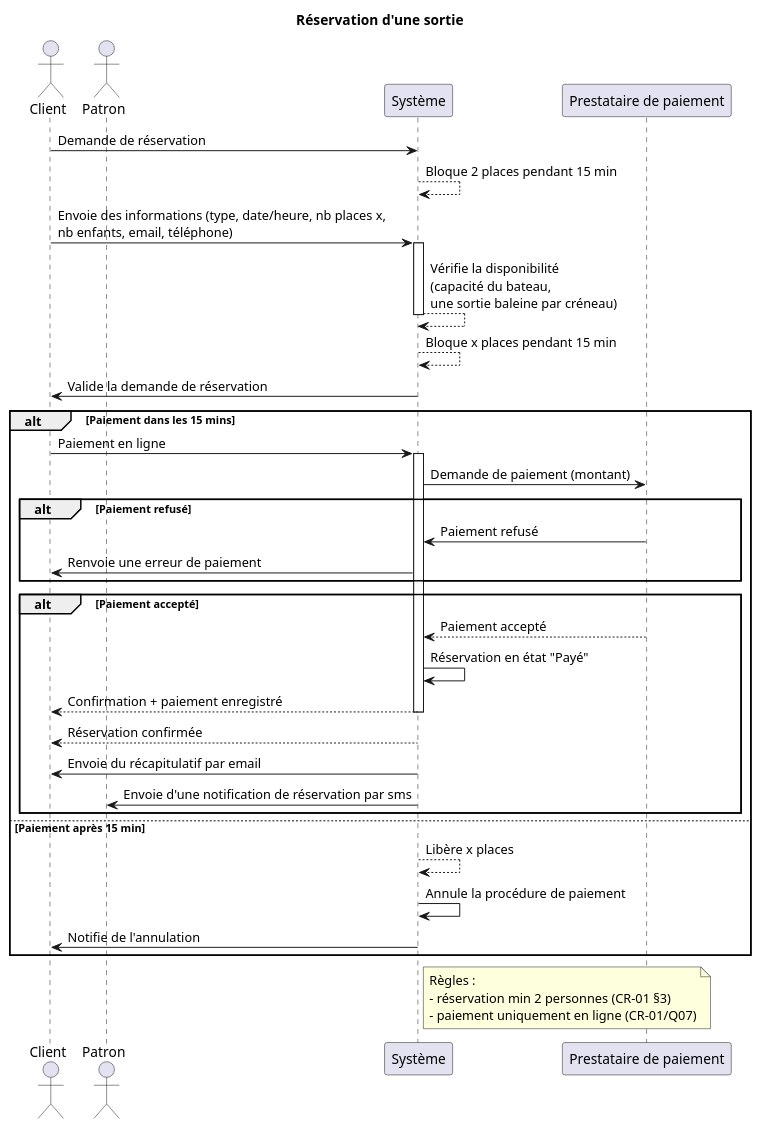
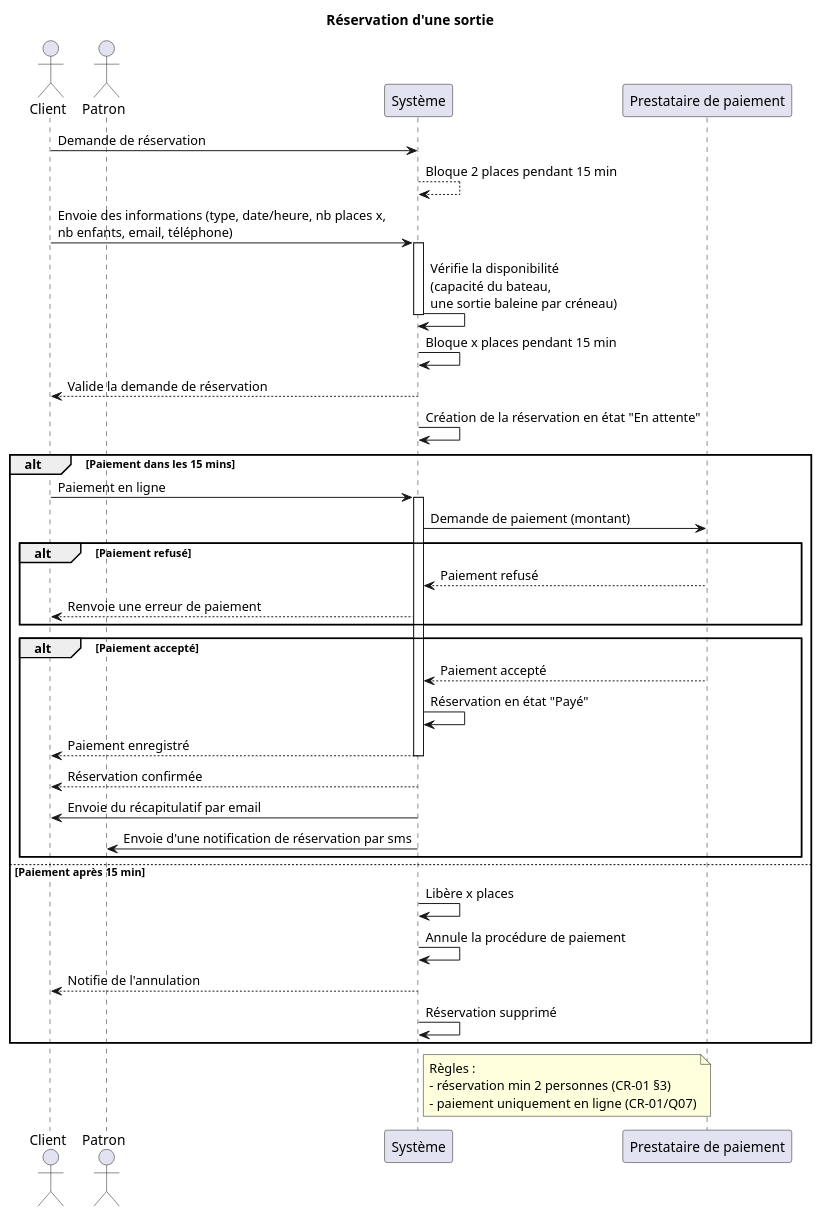
The diagram in docs/uml/sequences/v2/reservationV2.puml (MichelSimonin/Tibaleine), drawn with PlantUML before and after one commit. The commit also changed 1 other file, not shown here.

Commit message:
Modif mineur diagrammes de séquence

```diff
--- a/docs/uml/sequences/v2/reservationV2.puml
+++ b/docs/uml/sequences/v2/reservationV2.puml
@@ -1,70 +1,71 @@
 @startuml
 ' ----------------------------------------------------------------------------
 ' Diagramme de séquence — Réservation d'une sortie
 ' Source : Cahier des charges V2 §4 (Règles métier / Réservation), CR-01/Q01,
 '          CR-01/Q03, CR-01/Q06, CR-01 §3, CR-02 §1
 ' ----------------------------------------------------------------------------
 
 title Réservation d'une sortie
 
 actor "Client" as Client
 actor "Patron" as Patron
 participant "Système" as Systeme
 participant "Prestataire de paiement" as Paiement
 
+
+
 Client -> Systeme : Demande de réservation
 Systeme --> Systeme : Bloque 2 places pendant 15 min
 
 Client -> Systeme : Envoie des informations (type, date/heure, nb places x,\nnb enfants, email, téléphone)
 activate Systeme
 
-Systeme --> Systeme : Vérifie la disponibilité\n(capacité du bateau,\nune sortie baleine par créneau)
+Systeme -> Systeme : Vérifie la disponibilité\n(capacité du bateau,\nune sortie baleine par créneau)
 deactivate Systeme
-Systeme --> Systeme : Bloque x places pendant 15 min
+Systeme -> Systeme : Bloque x places pendant 15 min
+
+Systeme --> Client : Valide la demande de réservation
+Systeme -> Systeme: Création de la réservation en état "En attente"
 
 
-
-
-
-
-Systeme -> Client : Valide la demande de réservation
 
 alt Paiement dans les 15 mins
 Client -> Systeme : Paiement en ligne
 activate Systeme
 Systeme -> Paiement : Demande de paiement (montant)
 
 
 alt Paiement refusé
-Paiement -> Systeme : Paiement refusé
-Systeme -> Client : Renvoie une erreur de paiement
+Paiement --> Systeme : Paiement refusé
+Systeme --> Client : Renvoie une erreur de paiement
 end 
 
 
 alt Paiement accepté
 Paiement --> Systeme : Paiement accepté
 Systeme -> Systeme : Réservation en état "Payé"
-Systeme --> Client : Confirmation + paiement enregistré
+Systeme --> Client : Paiement enregistré
 deactivate Systeme
 
 Systeme --> Client : Réservation confirmée
 Systeme -> Client: Envoie du récapitulatif par email
 Systeme -> Patron: Envoie d'une notification de réservation par sms
 end
 else Paiement après 15 min
-Systeme --> Systeme : Libère x places
+Systeme -> Systeme : Libère x places
 Systeme -> Systeme : Annule la procédure de paiement
-Systeme -> Client : Notifie de l'annulation
+Systeme --> Client : Notifie de l'annulation
+Systeme -> Systeme: Réservation supprimé
 
 end
 
 
 
 
 note right of Systeme
   Règles :
   - réservation min 2 personnes (CR-01 §3)
   - paiement uniquement en ligne (CR-01/Q07)
 end note
 
 @enduml
```
